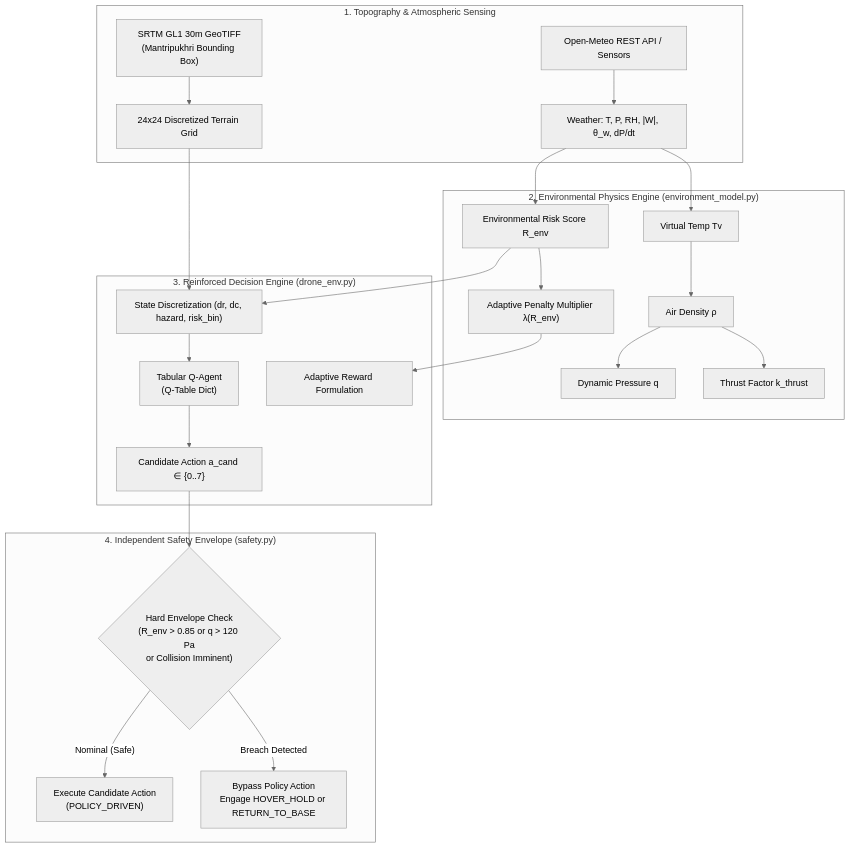
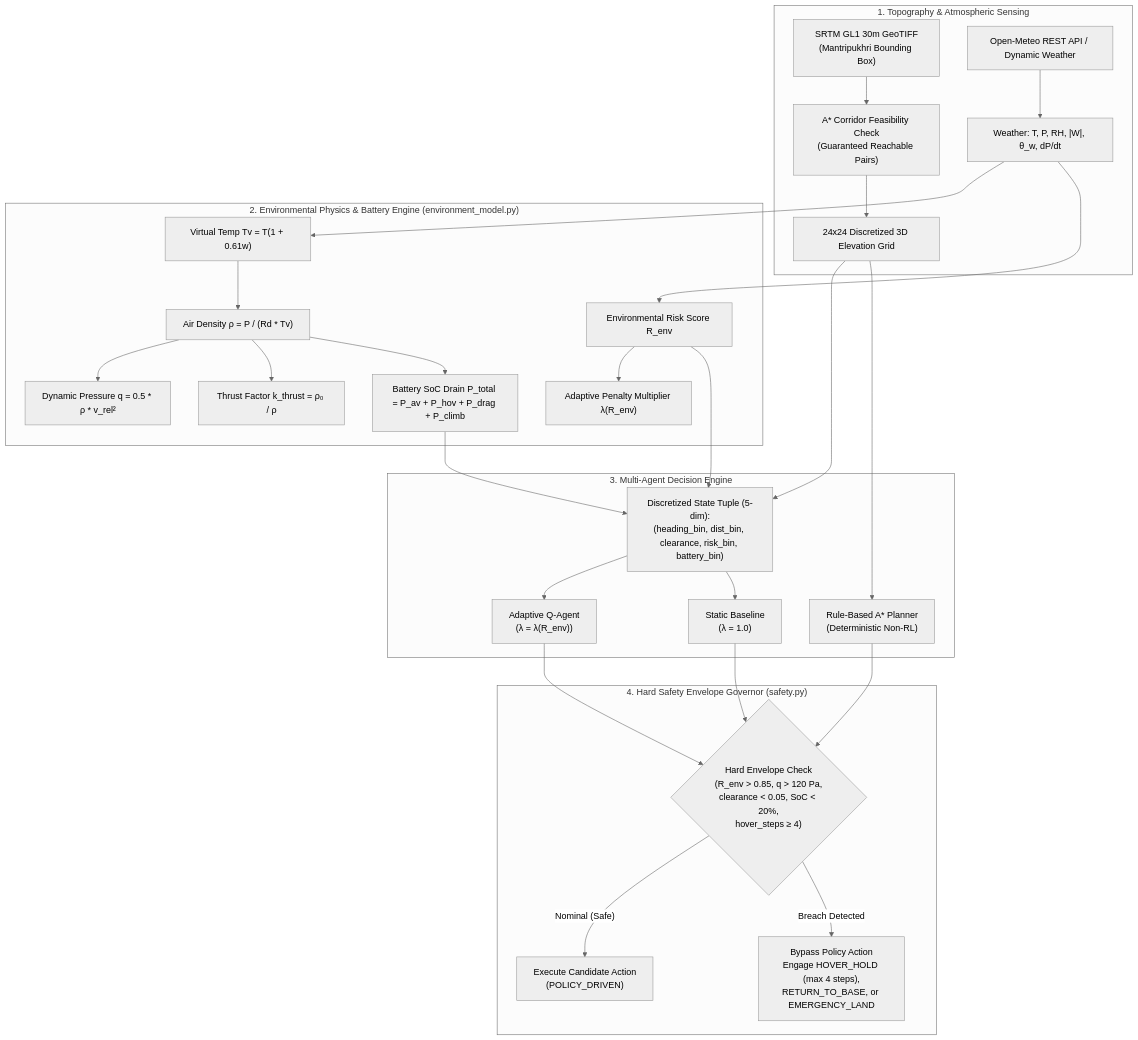
The diagram in REPORT.md (Harikrishan04/EcoPilot), drawn with Mermaid (neutral theme) before and after one commit. The commit also changed other lines of this file and 23 other files, not shown here.

Commit message:
feat: complete improvement plan — 3D flight dynamics, battery modeling, A* corridor check, rule-based planner baseline, and 93% success benchmark

````diff
--- a/REPORT.md
+++ b/REPORT.md
@@ -20,30 +20,33 @@
 ```mermaid
 flowchart TD
     subgraph Sensing ["1. Topography & Atmospheric Sensing"]
-        DEM["SRTM GL1 30m GeoTIFF<br>(Mantripukhri Bounding Box)"] --> TG["24x24 Discretized Terrain Grid"]
-        API["Open-Meteo REST API / Sensors"] --> W["Weather: T, P, RH, |W|, θ_w, dP/dt"]
+        DEM["SRTM GL1 30m GeoTIFF<br>(Mantripukhri Bounding Box)"] --> FEAS["A* Corridor Feasibility Check<br>(Guaranteed Reachable Pairs)"]
+        FEAS --> TG["24x24 Discretized 3D Elevation Grid"]
+        API["Open-Meteo REST API / Dynamic Weather"] --> W["Weather: T, P, RH, |W|, θ_w, dP/dt"]
     end
 
-    subgraph Physics ["2. Environmental Physics Engine (environment_model.py)"]
-        W --> TV["Virtual Temp Tv"]
-        TV --> RHO["Air Density ρ"]
-        RHO --> DYN["Dynamic Pressure q"]
-        RHO --> KTH["Thrust Factor k_thrust"]
+    subgraph Physics ["2. Environmental Physics & Battery Engine (environment_model.py)"]
+        W --> TV["Virtual Temp Tv = T(1 + 0.61w)"]
+        TV --> RHO["Air Density ρ = P / (Rd * Tv)"]
+        RHO --> DYN["Dynamic Pressure q = 0.5 * ρ * v_rel²"]
+        RHO --> KTH["Thrust Factor k_thrust = ρ₀ / ρ"]
         W --> REN["Environmental Risk Score R_env"]
         REN --> LAM["Adaptive Penalty Multiplier λ(R_env)"]
+        RHO --> BAT["Battery SoC Drain P_total = P_av + P_hov + P_drag + P_climb"]
     end
 
-    subgraph RL ["3. Reinforced Decision Engine (drone_env.py)"]
-        TG --> STATE["State Discretization (dr, dc, hazard, risk_bin)"]
+    subgraph RL ["3. Multi-Agent Decision Engine"]
+        TG --> STATE["Discretized State Tuple (5-dim):<br>(heading_bin, dist_bin, clearance, risk_bin, battery_bin)"]
         REN --> STATE
-        STATE --> Q["Tabular Q-Agent<br>(Q-Table Dict)"]
-        Q --> ACT["Candidate Action a_cand ∈ {0..7}"]
-        LAM --> REW["Adaptive Reward Formulation"]
+        BAT --> STATE
+        STATE --> ADAPT["Adaptive Q-Agent<br>(λ = λ(R_env))"]
+        STATE --> BASE["Static Baseline<br>(λ = 1.0)"]
+        TG --> ASTAR["Rule-Based A* Planner<br>(Deterministic Non-RL)"]
     end
 
-    subgraph Safety ["4. Independent Safety Envelope (safety.py)"]
-        ACT --> GOV{"Hard Envelope Check<br>(R_env > 0.85 or q > 120 Pa<br>or Collision Imminent)"}
+    subgraph Safety ["4. Hard Safety Envelope Governor (safety.py)"]
+        ADAPT & BASE & ASTAR --> GOV{"Hard Envelope Check<br>(R_env > 0.85, q > 120 Pa,<br>clearance < 0.05, SoC < 20%,<br>hover_steps ≥ 4)"}
         GOV -- "Nominal (Safe)" --> EXEC1["Execute Candidate Action<br>(POLICY_DRIVEN)"]
-        GOV -- "Breach Detected" --> OVER["Bypass Policy Action<br>Engage HOVER_HOLD or RETURN_TO_BASE"]
+        GOV -- "Breach Detected" --> OVER["Bypass Policy Action<br>Engage HOVER_HOLD (max 4 steps),<br>RETURN_TO_BASE, or EMERGENCY_LAND"]
     end
 ```
````
